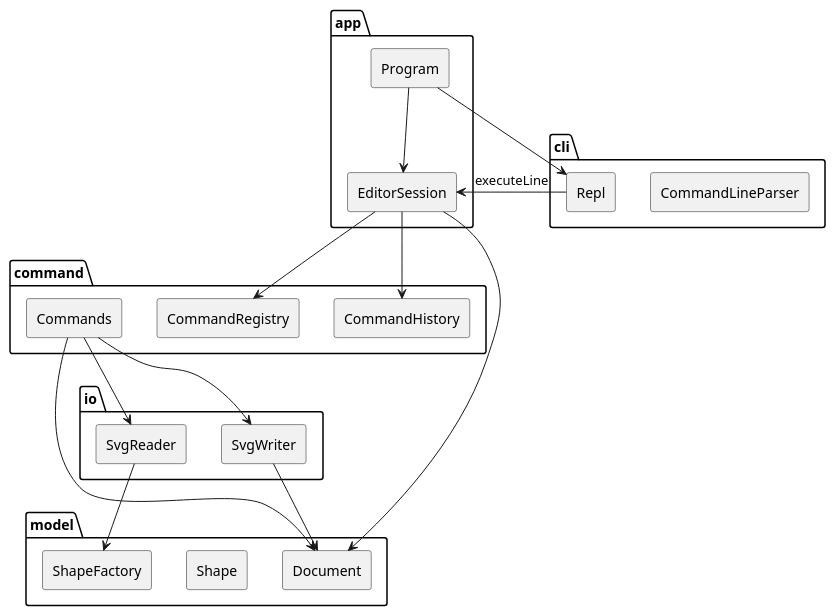
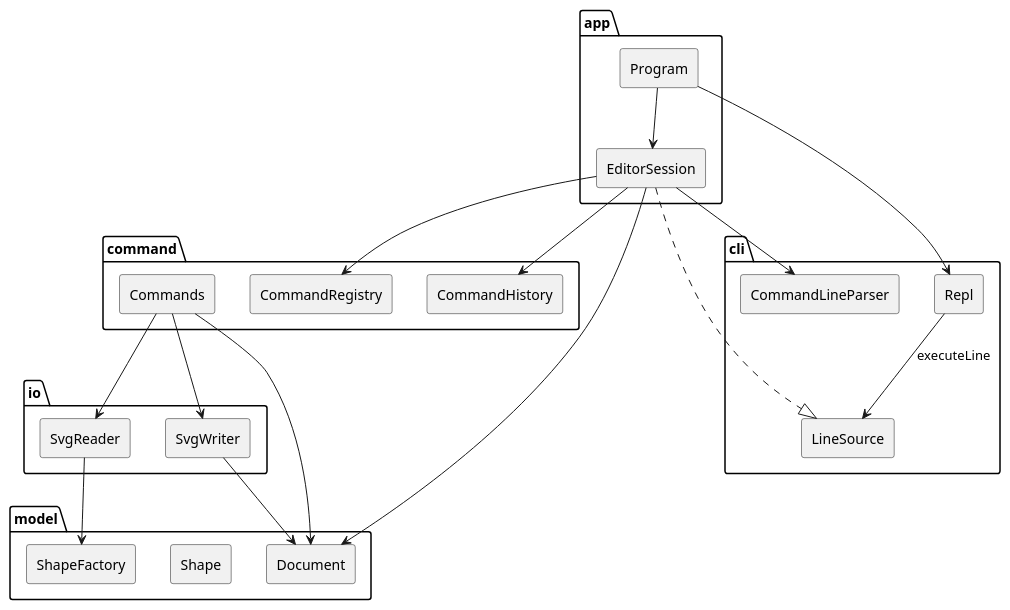
The diagram in doc/README.md (Alive354656/SoftwareDevLab1), drawn with PlantUML before and after one commit. The commit also changed other lines of this file and 2 other files, not shown here.

````diff
--- a/doc/README.md
+++ b/doc/README.md
@@ -23,38 +23,41 @@
 ```plantuml
 @startuml
 skinparam componentStyle rectangle
 package "cli" {
   [CommandLineParser]
   [Repl]
+  [LineSource]
 }
 package "app" {
   [EditorSession]
   [Program]
 }
 package "command" {
   [CommandRegistry]
   [CommandHistory]
   [Commands]
 }
 package "model" {
   [Document]
   [Shape]
   [ShapeFactory]
 }
 package "io" {
   [SvgReader]
   [SvgWriter]
 }
 [Program] --> [Repl]
 [Program] --> [EditorSession]
-[Repl] --> [EditorSession] : executeLine
+[Repl] --> [LineSource] : executeLine
+[EditorSession] ..|> [LineSource]
 [EditorSession] --> [CommandRegistry]
 [EditorSession] --> [CommandHistory]
+[EditorSession] --> [CommandLineParser]
 [EditorSession] --> [Document]
 [Commands] --> [Document]
 [Commands] --> [SvgReader]
 [Commands] --> [SvgWriter]
 [SvgReader] --> [ShapeFactory]
 [SvgWriter] --> [Document]
 @enduml
 ```
````
